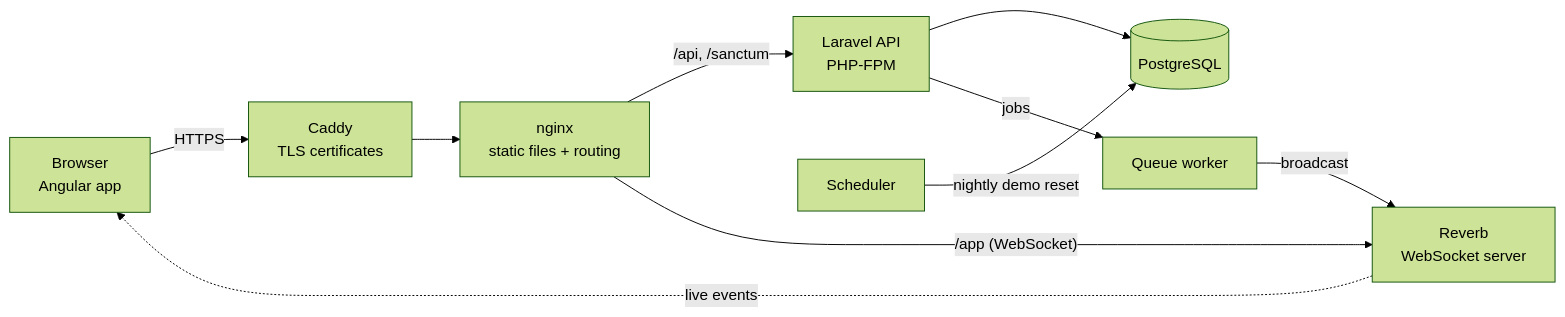
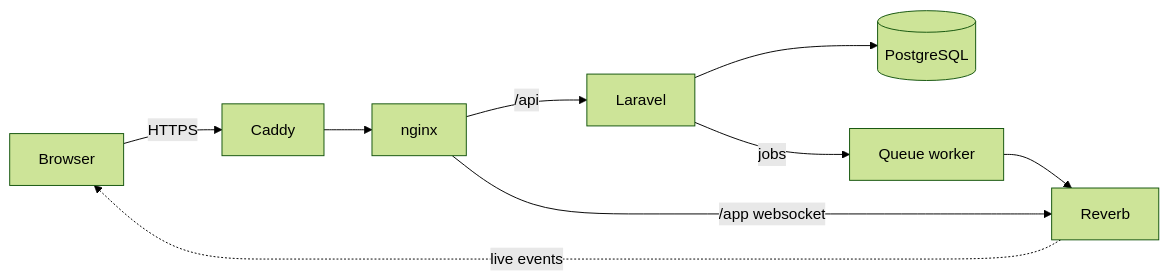
The diagram in README.md (chipmullins/aviate2), drawn with Mermaid (forest theme) before and after one commit. The commit also changed other lines of this file, not shown here.

````diff
--- a/README.md
+++ b/README.md
@@ -151,12 +76,11 @@
 ```mermaid
 flowchart LR
-    B[Browser<br/>Angular app] -- HTTPS --> C[Caddy<br/>TLS certificates]
-    C --> N[nginx<br/>static files + routing]
-    N -- "/api, /sanctum" --> P[Laravel API<br/>PHP-FPM]
-    N -- "/app (WebSocket)" --> R[Reverb<br/>WebSocket server]
+    B[Browser] -- HTTPS --> C[Caddy]
+    C --> N[nginx]
+    N -- /api --> P[Laravel]
+    N -- /app websocket --> R[Reverb]
     P --> DB[(PostgreSQL)]
     P -- jobs --> Q[Queue worker]
-    Q -- broadcast --> R
-    S[Scheduler] -- nightly demo reset --> DB
+    Q --> R
     R -. live events .-> B
 ```
````
